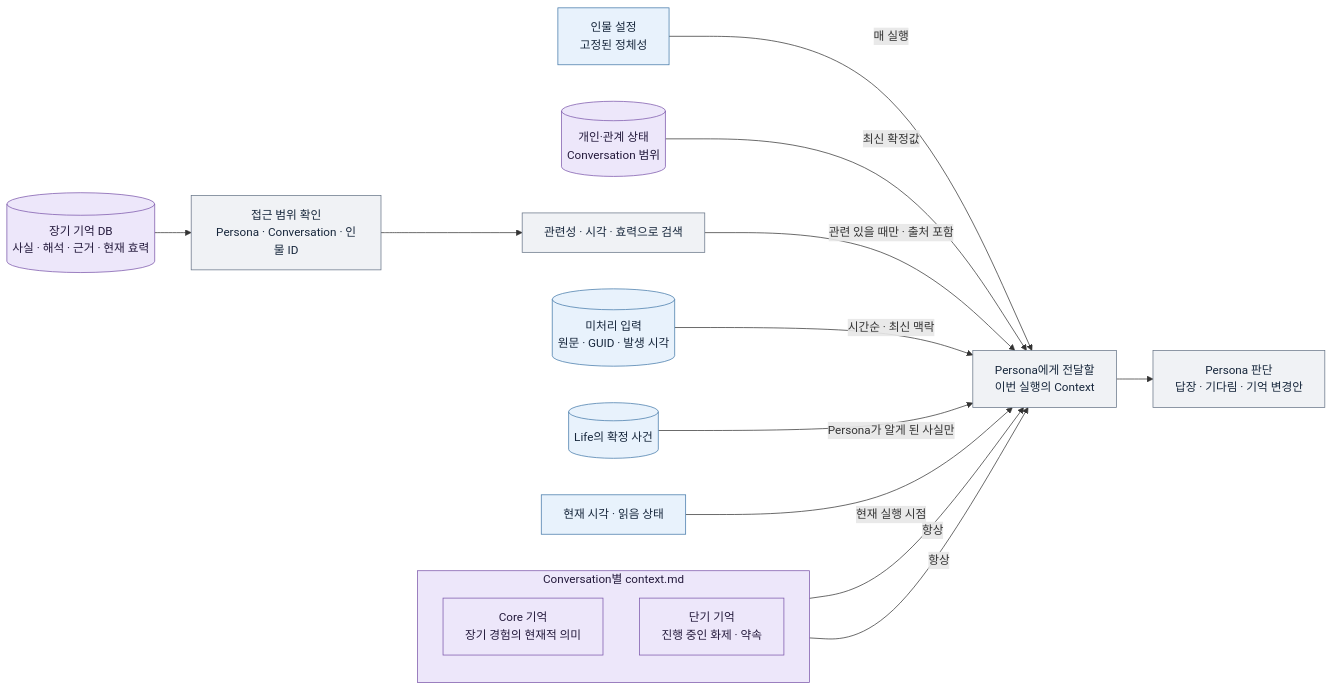
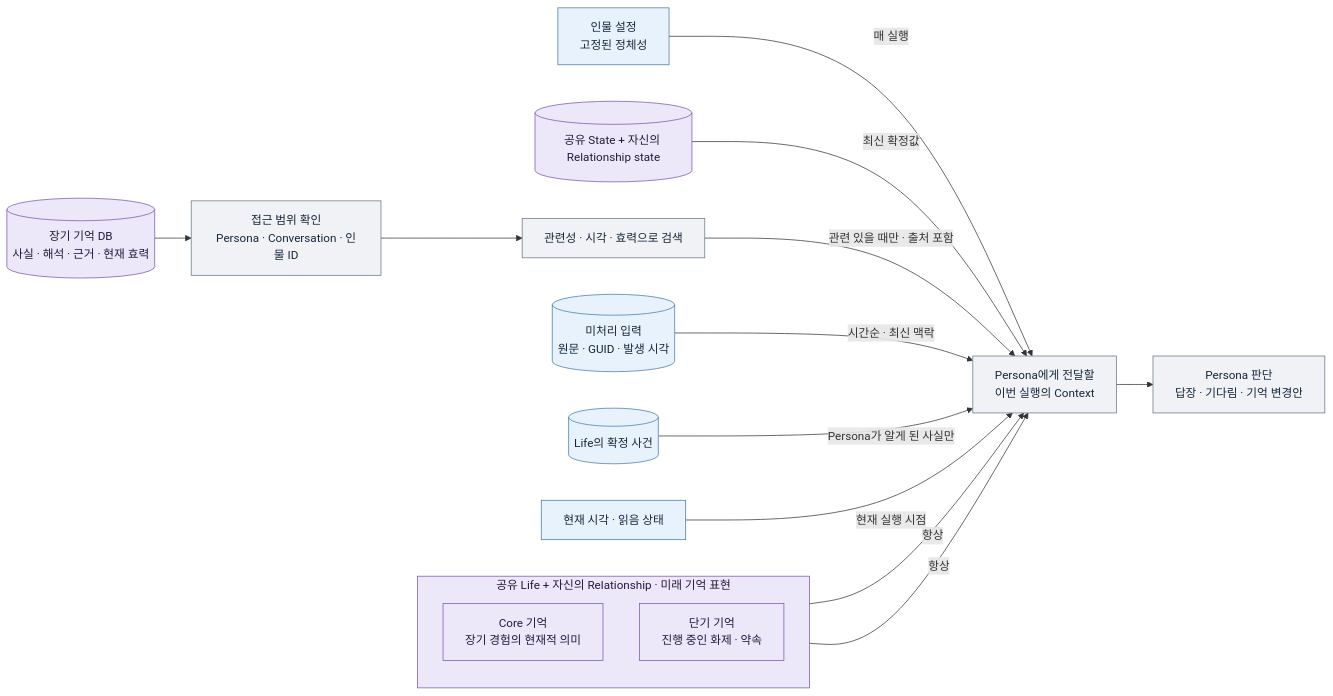
One commit to hena-agent/ren-ai changed the second of 2 diagrams in docs/specs/agent-runtime-architecture.md. Above: the diagram before and after it, drawn with Mermaid. The commit also changed other lines of this file and 186 other files, not shown here.

````diff
--- a/docs/specs/agent-runtime-architecture.md
+++ b/docs/specs/agent-runtime-architecture.md
@@ -68,30 +73,30 @@
 ```mermaid
 flowchart LR
     S["인물 설정<br/>고정된 정체성"] -->|매 실행| C["Persona에게 전달할<br/>이번 실행의 Context"]
-    ST[("개인·관계 상태<br/>Conversation 범위")] -->|최신 확정값| C
+    ST[("공유 State + 자신의 Relationship state")] -->|최신 확정값| C
 
-    subgraph FILE["Conversation별 context.md"]
+    subgraph FILE["공유 Life + 자신의 Relationship · 미래 기억 표현"]
         direction TB
         CORE["Core 기억<br/>장기 경험의 현재적 의미"]
         SHORT["단기 기억<br/>진행 중인 화제 · 약속"]
     end
     CORE -->|항상| C
     SHORT -->|항상| C
 
     DB[("장기 기억 DB<br/>사실 · 해석 · 근거 · 현재 효력")] --> GUARD["접근 범위 확인<br/>Persona · Conversation · 인물 ID"]
     GUARD --> SEARCH["관련성 · 시각 · 효력으로 검색"]
     SEARCH -->|관련 있을 때만 · 출처 포함| C
 
     Q[("미처리 입력<br/>원문 · GUID · 발생 시각")] -->|시간순 · 최신 맥락| C
     FACT[("Life의 확정 사건")] -->|Persona가 알게 된 사실만| C
     NOW["현재 시각 · 읽음 상태"] -->|현재 실행 시점| C
 
     C --> P["Persona 판단<br/>답장 · 기다림 · 기억 변경안"]
 
     classDef input fill:#e8f2fc,stroke:#4378a8,color:#16263b
     classDef memory fill:#ede7fa,stroke:#7a55aa,color:#23193b
     classDef process fill:#f0f2f5,stroke:#677487,color:#16263b
     class S,Q,FACT,NOW input
     class ST,CORE,SHORT,DB,FILE memory
     class GUARD,SEARCH,C,P process
 ```
````
